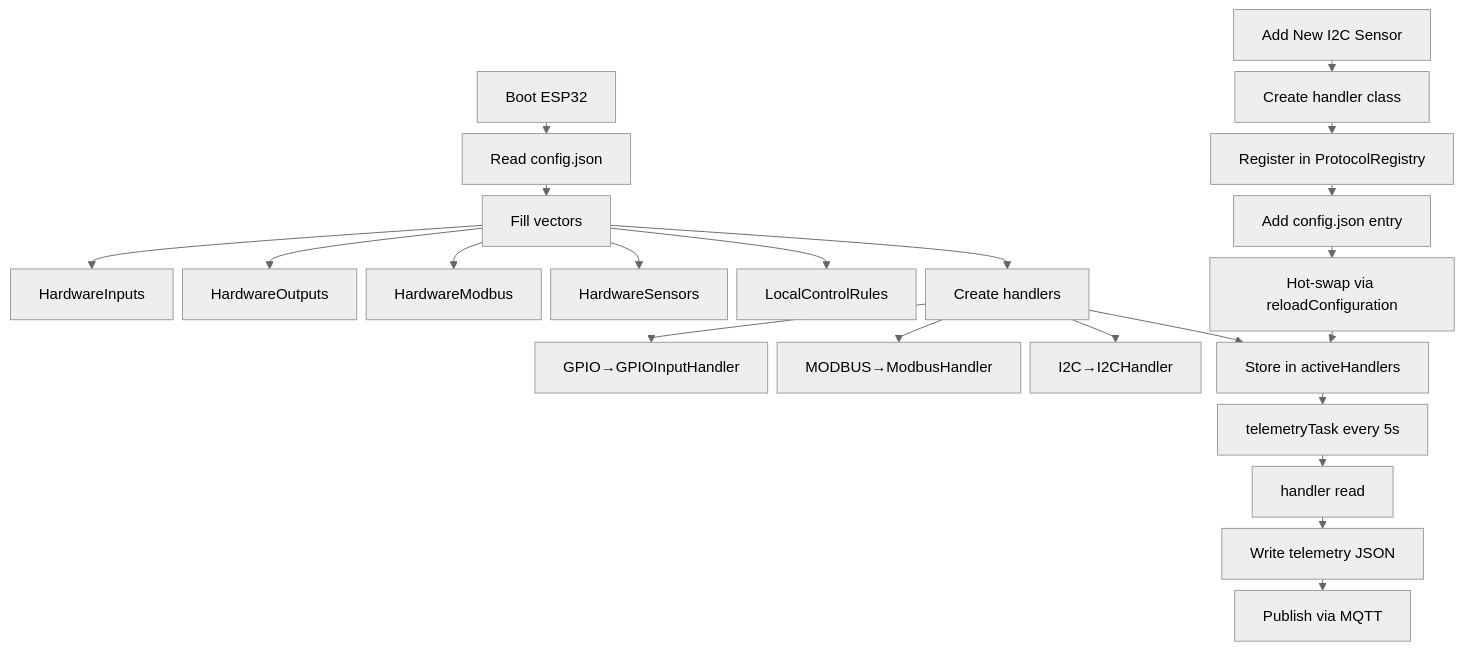
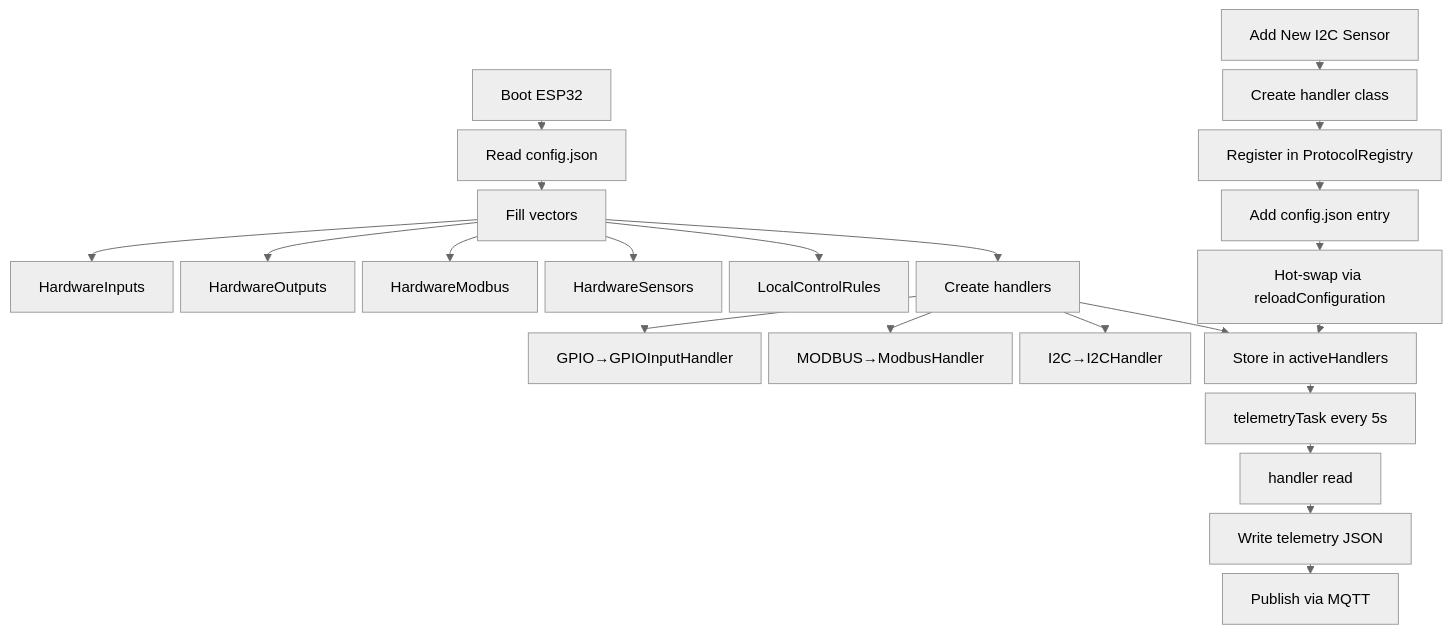
Diagram 12 of 26 in docs/bab3.md (Rezen351/enyx-enterprise), drawn with Mermaid (neutral theme) before and after one commit.

Commit message:
docs: reduce spacing and font size for more compact A4 flowchart

````diff
--- a/docs/bab3.md
+++ b/docs/bab3.md
@@ -1311,25 +1311,25 @@
 ```mermaid
-%%{init: {'flowchart': {'nodeSpacing': 10, 'rankSpacing': 12, 'fontSize': 15}}}%%
+%%{init: {'flowchart': {'nodeSpacing': 8, 'rankSpacing': 10, 'fontSize': 14}}}%%
 flowchart TD
     A[Boot ESP32] --> B[Read config.json]
     B --> C[Fill vectors]
     C --> C1[HardwareInputs]
     C --> C2[HardwareOutputs]
     C --> C3[HardwareModbus]
     C --> C4[HardwareSensors]
     C --> C5[LocalControlRules]
     C --> D[Create handlers]
     D --> D1[GPIO→GPIOInputHandler]
     D --> D2[MODBUS→ModbusHandler]
     D --> D3[I2C→I2CHandler]
     D --> E[Store in activeHandlers]
     E --> F[telemetryTask every 5s]
     F --> G[handler read]
     G --> H[Write telemetry JSON]
     H --> I[Publish via MQTT]
     J[Add New I2C Sensor] --> K[Create handler class]
     K --> L[Register in ProtocolRegistry]
     L --> M[Add config.json entry]
     M --> N[Hot-swap via reloadConfiguration]
     N --> E
 ```
````
